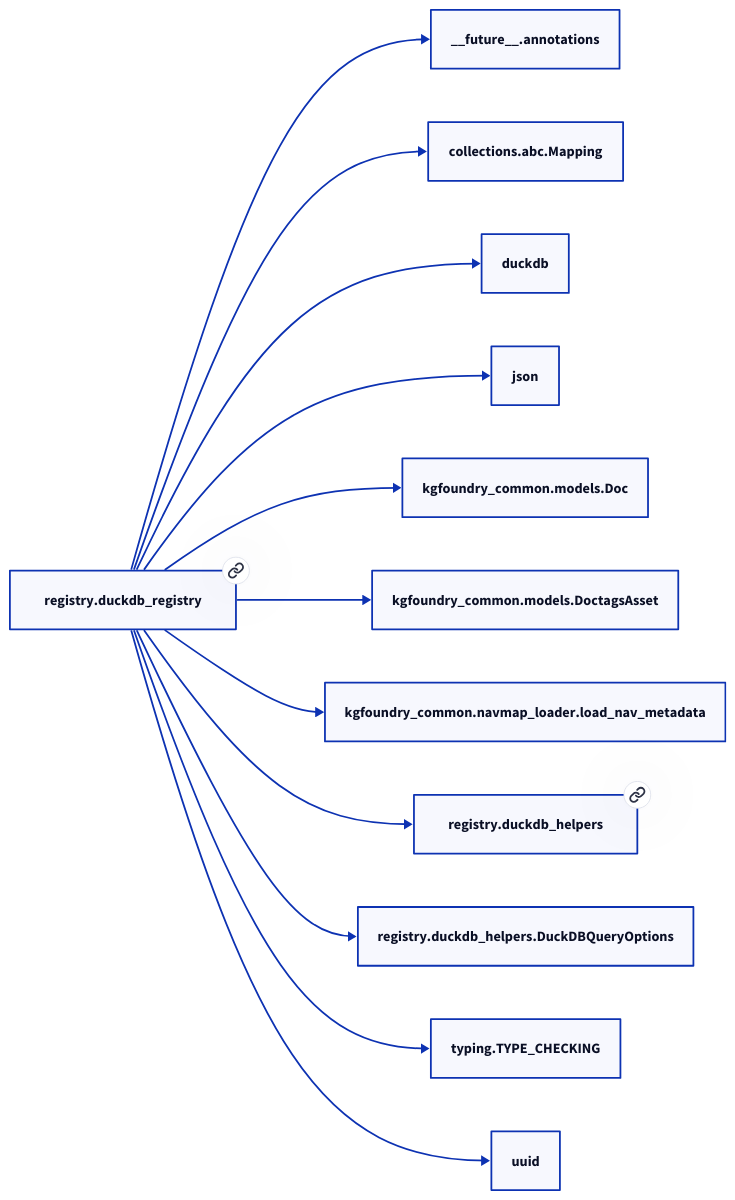
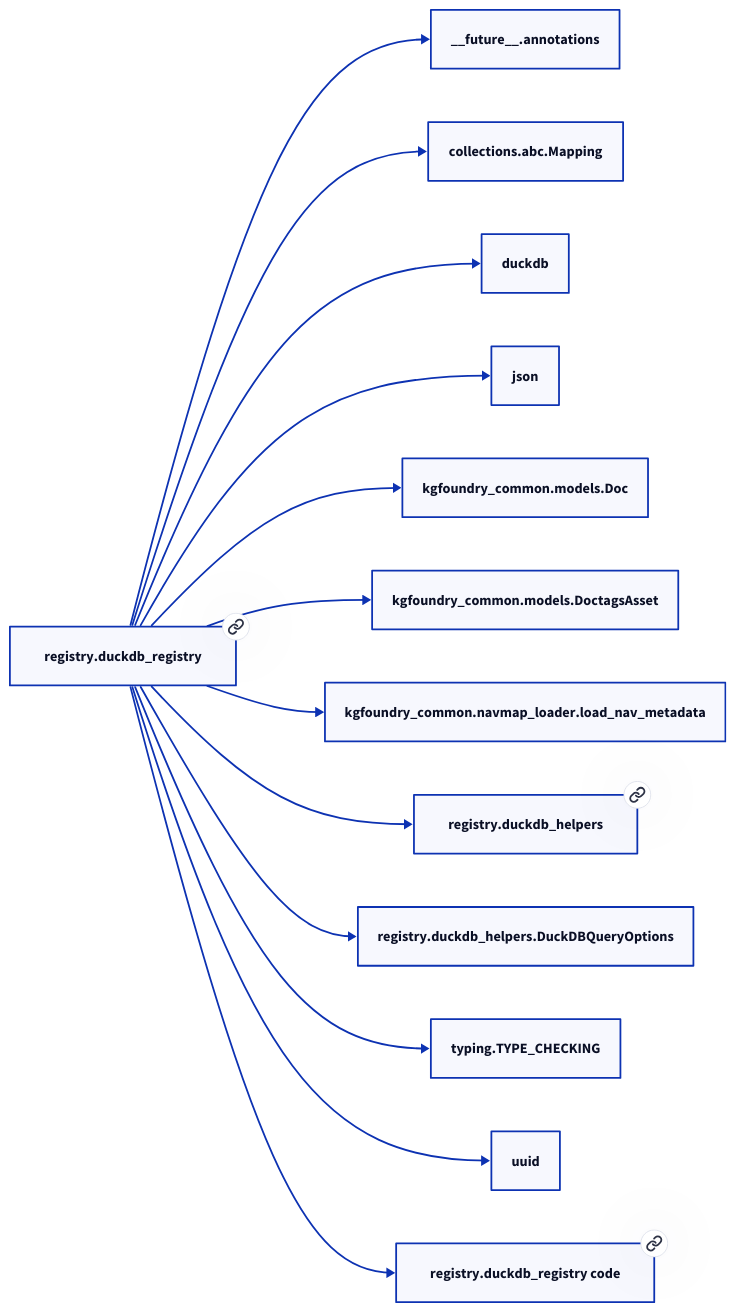
One commit to paul-heyse/kgforge changed the second of 2 diagrams in docs/modules/registry/duckdb_registry.md. Above: the diagram before and after it, drawn with D2. The commit also changed other lines of this file and 319 other files, not shown here.

````diff
--- a/docs/modules/registry/duckdb_registry.md
+++ b/docs/modules/registry/duckdb_registry.md
@@ -37,26 +39,28 @@
 ```d2
 direction: right
-"registry.duckdb_registry": "registry.duckdb_registry" { link: "duckdb_registry.md" }
+"registry.duckdb_registry": "registry.duckdb_registry" { link: "./registry/duckdb_registry.md" }
 "__future__.annotations": "__future__.annotations"
 "registry.duckdb_registry" -> "__future__.annotations"
 "collections.abc.Mapping": "collections.abc.Mapping"
 "registry.duckdb_registry" -> "collections.abc.Mapping"
 "duckdb": "duckdb"
 "registry.duckdb_registry" -> "duckdb"
 "json": "json"
 "registry.duckdb_registry" -> "json"
 "kgfoundry_common.models.Doc": "kgfoundry_common.models.Doc"
 "registry.duckdb_registry" -> "kgfoundry_common.models.Doc"
 "kgfoundry_common.models.DoctagsAsset": "kgfoundry_common.models.DoctagsAsset"
 "registry.duckdb_registry" -> "kgfoundry_common.models.DoctagsAsset"
 "kgfoundry_common.navmap_loader.load_nav_metadata": "kgfoundry_common.navmap_loader.load_nav_metadata"
 "registry.duckdb_registry" -> "kgfoundry_common.navmap_loader.load_nav_metadata"
-"registry.duckdb_helpers": "registry.duckdb_helpers" { link: "duckdb_helpers.md" }
+"registry.duckdb_helpers": "registry.duckdb_helpers" { link: "./registry/duckdb_helpers.md" }
 "registry.duckdb_registry" -> "registry.duckdb_helpers"
 "registry.duckdb_helpers.DuckDBQueryOptions": "registry.duckdb_helpers.DuckDBQueryOptions"
 "registry.duckdb_registry" -> "registry.duckdb_helpers.DuckDBQueryOptions"
 "typing.TYPE_CHECKING": "typing.TYPE_CHECKING"
 "registry.duckdb_registry" -> "typing.TYPE_CHECKING"
 "uuid": "uuid"
 "registry.duckdb_registry" -> "uuid"
+"registry.duckdb_registry_code": "registry.duckdb_registry code" { link: "https://github.com/kgfoundry/kgfoundry/blob/main/src/registry/duckdb_registry.py" }
+"registry.duckdb_registry" -> "registry.duckdb_registry_code" { style: dashed }
 ```
````
